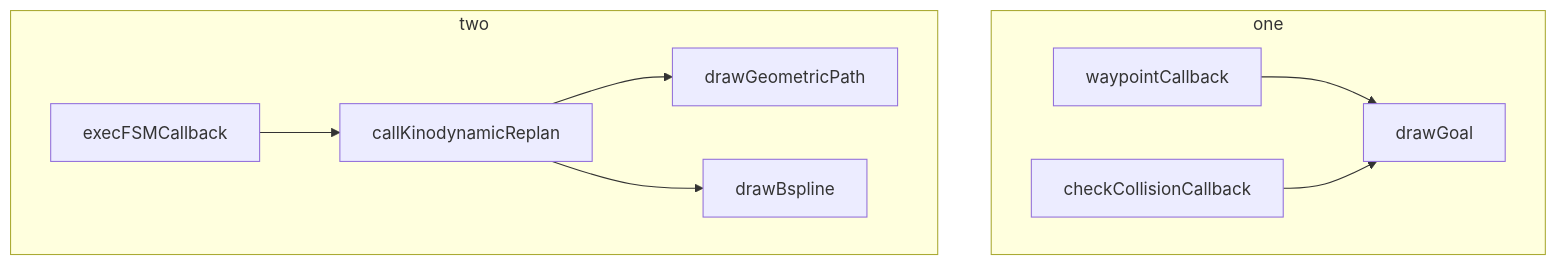
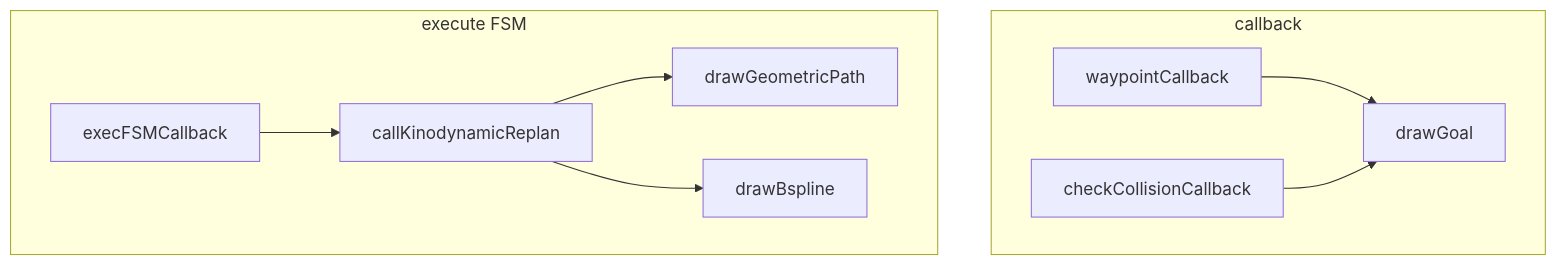
Before and after one commit to Dieptranivsr/drone_extend: the fifth of 5 diagrams in sp_code/system.md, drawn with Mermaid. The commit also changed other lines of this file, not shown here.

````diff
--- a/sp_code/system.md
+++ b/sp_code/system.md
@@ -54,12 +54,12 @@
 ```mermaid
 flowchart TB
-  subgraph one
+  subgraph callback
     waypointCallback --> drawGoal;
     checkCollisionCallback --> drawGoal;
   end
-  subgraph two
+  subgraph execute FSM
     execFSMCallback --> callKinodynamicReplan;
     callKinodynamicReplan --> drawGeometricPath;
     callKinodynamicReplan --> drawBspline;
   end
 ```
````
